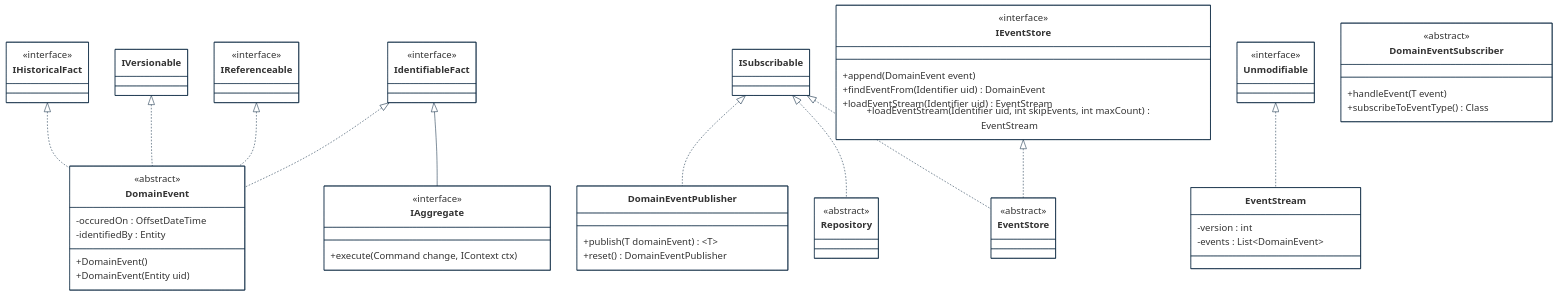
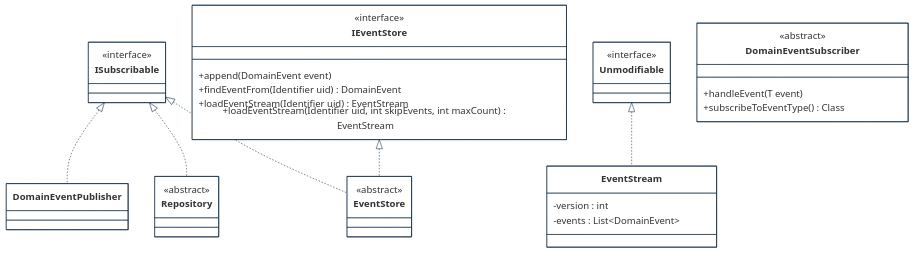
The second of 4 diagrams in implementations-line/framework/domain/designview-packages.md (cybnity/foundation), drawn with Mermaid before and after one commit.

````diff
--- a/implementations-line/framework/domain/designview-packages.md
+++ b/implementations-line/framework/domain/designview-packages.md
@@ -10,81 +58,55 @@
 ```mermaid
 %%{
   init: {
     'theme': 'base',
     'themeVariables': {
         'background': '#ffffff',
         'fontFamily': 'arial',
         'fontSize': '18px',
         'primaryColor': '#fff',
         'primaryBorderColor': '#0e2a43',
         'secondaryBorderColor': '#0e2a43',
         'tertiaryBorderColor': '#0e2a43',
         'edgeLabelBackground':'#0e2a43',
         'lineColor': '#0e2a43',
         'tertiaryColor': '#fff'
     }
   }
 }%%
 classDiagram
-    IHistoricalFact <|.. DomainEvent
-    IVersionable <|.. DomainEvent
-    IReferenceable <|.. DomainEvent
-    IdentifiableFact <|.. DomainEvent
-    IdentifiableFact <|-- IAggregate
     ISubscribable <|.. DomainEventPublisher
     ISubscribable <|.. Repository
     ISubscribable <|.. EventStore
     IEventStore <|.. EventStore
     Unmodifiable <|.. EventStream
-    
-    class DomainEvent {
-        <<abstract>>
-        -occuredOn : OffsetDateTime
-        -identifiedBy : Entity
-        +DomainEvent()
-        +DomainEvent(Entity uid)
-    }
-    class IHistoricalFact {
+
+    class ISubscribable {
         <<interface>>
-    }
-    class IdentifiableFact {
-        <<interface>>
-    }
-    class IAggregate {
-        <<interface>>
-        +execute(Command change, IContext ctx)
-    }
-    class IReferenceable {
-        <<interface>>
-    }
-    class DomainEventPublisher {
-        +publish(T domainEvent) ~T~
-        +reset() DomainEventPublisher
-    }
-    class DomainEventSubscriber {
-        <<abstract>>
-        +handleEvent(T event)
-        +subscribeToEventType() Class
     }
     class EventStore {
         <<abstract>>
     }
     class IEventStore {
         <<interface>>
         +append(DomainEvent event)
         +findEventFrom(Identifier uid) DomainEvent
         +loadEventStream(Identifier uid) EventStream
         +loadEventStream(Identifier uid, int skipEvents, int maxCount) EventStream
     }
+    class Repository {
+        <<abstract>>
+    }
+    class DomainEventSubscriber {
+        <<abstract>>
+        +handleEvent(T event)
+        +subscribeToEventType() Class
+    }
     class EventStream {
         -version : int
         -events : List~DomainEvent~
     }
     class Unmodifiable {
         <<interface>>
     }
-    class Repository {
-        <<abstract>>
-    }
 
 ```
````
